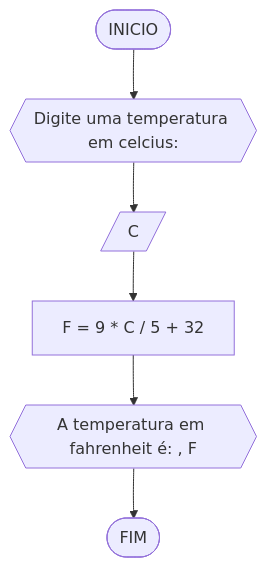
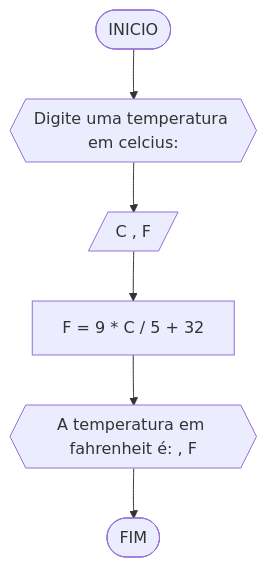
The second of 5 diagrams in RLA/Unidade1/Resolução_lista2.md (Kremmydi/unifor), drawn with Mermaid before and after one commit.

````diff
--- a/RLA/Unidade1/Resolução_lista2.md
+++ b/RLA/Unidade1/Resolução_lista2.md
@@ -49,9 +49,9 @@
 ```mermaid
 flowchart TD
 A([INICIO]) --> B{{Digite uma temperatura em celcius: }}
-B --> C[/  C  /]
+B --> C[/  C , F  /]
 C --> D[F = 9 * C / 5 + 32]
 D --> E{{"A temperatura em fahrenheit é: ", F}}
 E --> F([FIM])
 
 ```
````
